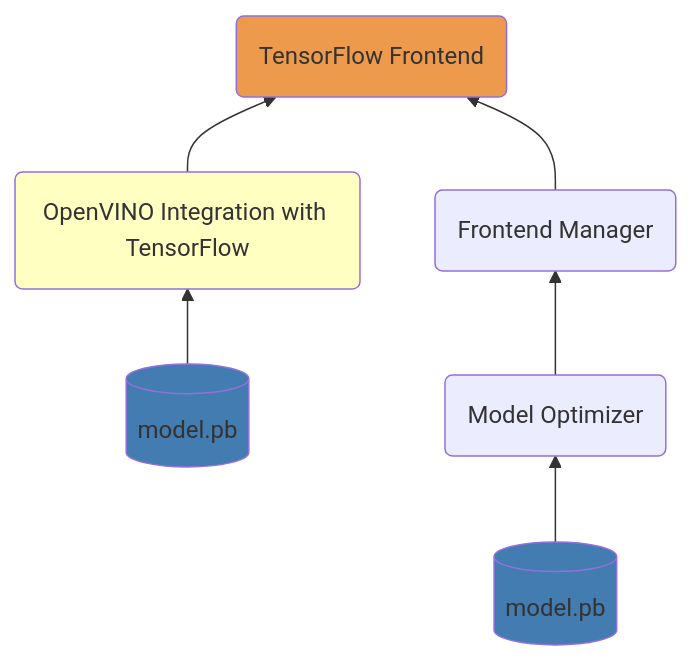
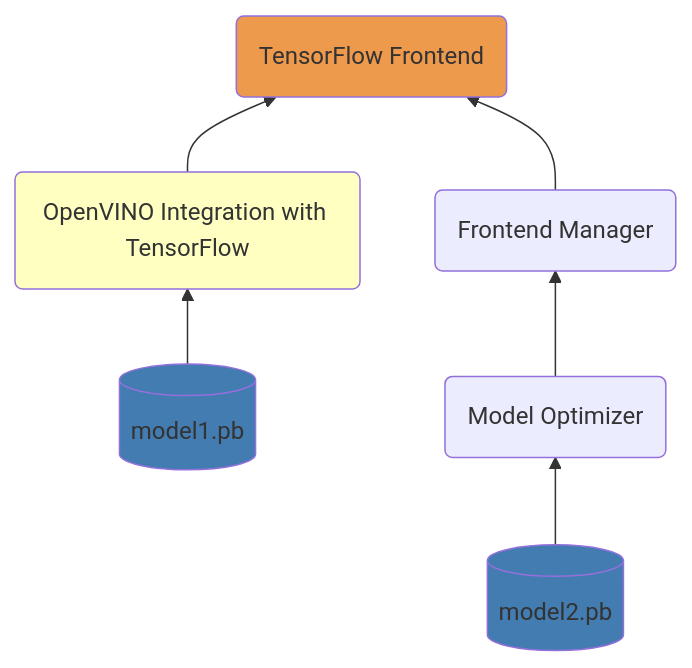
One commit to openvinotoolkit/openvino changed the diagram in src/frontends/tensorflow/README.md. Above: the diagram before and after it, drawn with Mermaid. The commit also changed other lines of this file and 1 other file, not shown here.

Commit message:
Apply feedback: correct TF FE purpose and diagram

````diff
--- a/src/frontends/tensorflow/README.md
+++ b/src/frontends/tensorflow/README.md
@@ -5,16 +6,16 @@
 ```mermaid
 flowchart BT
-    model[(model.pb)]
+    model[(model1.pb)]
     style model fill:#427cb0
-    model2[(model.pb)]
+    model2[(model2.pb)]
     style model2 fill:#427cb0
     ovtf(OpenVINO Integration with TensorFlow)
     style ovtf fill:#ffffc2
     tf_fe(TensorFlow Frontend)
     style tf_fe fill:#ee9a4d
     fem(Frontend Manager)
     mo(Model Optimizer)
     model --> ovtf --> tf_fe
     model2 --> mo --> fem --> tf_fe
     click ovtf "https://github.com/openvinotoolkit/openvino_tensorflow"
 ```
````
